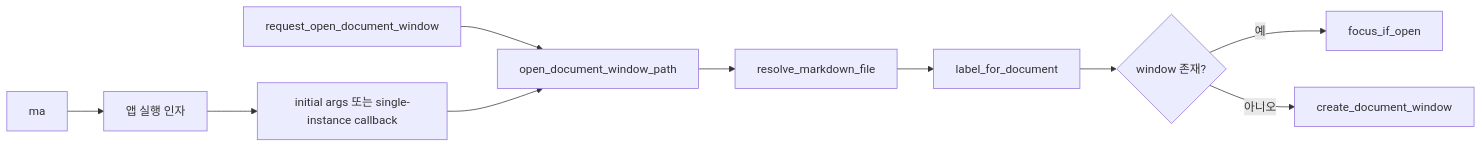
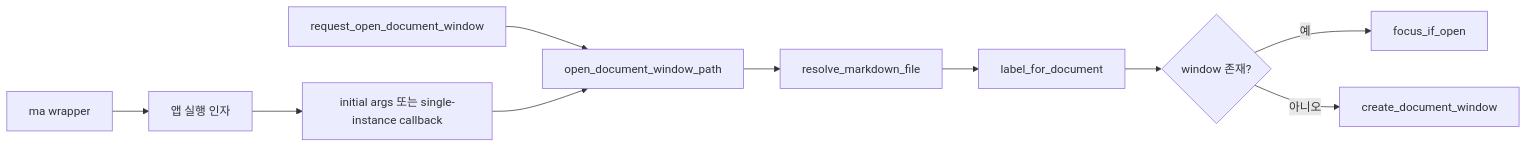
Before and after one commit to yoophi/markdown-annotator: the second of 4 diagrams in docs/cli-open-markdown-plan.md, drawn with Mermaid. The commit also changed other lines of this file and 5 other files, not shown here.

````diff
--- a/docs/cli-open-markdown-plan.md
+++ b/docs/cli-open-markdown-plan.md
@@ -124,12 +126,12 @@
 ```mermaid
 flowchart LR
-    A["ma <filename>"] --> B["앱 실행 인자"]
+    A["ma <filename> wrapper"] --> B["앱 실행 인자"]
     C["request_open_document_window"] --> D["open_document_window_path"]
     B --> E["initial args 또는 single-instance callback"]
     E --> D
     D --> F["resolve_markdown_file"]
     F --> G["label_for_document"]
     G --> H{"window 존재?"}
     H -- "예" --> I["focus_if_open"]
     H -- "아니오" --> J["create_document_window"]
 ```
````
